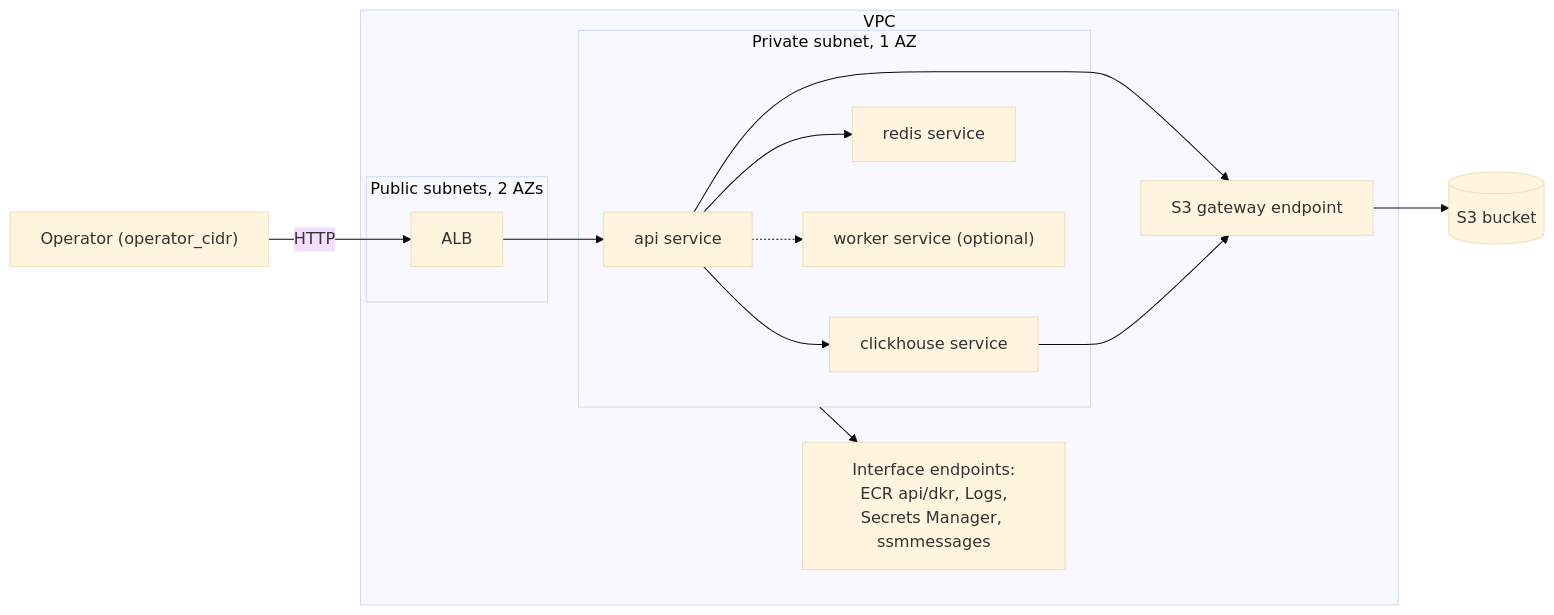
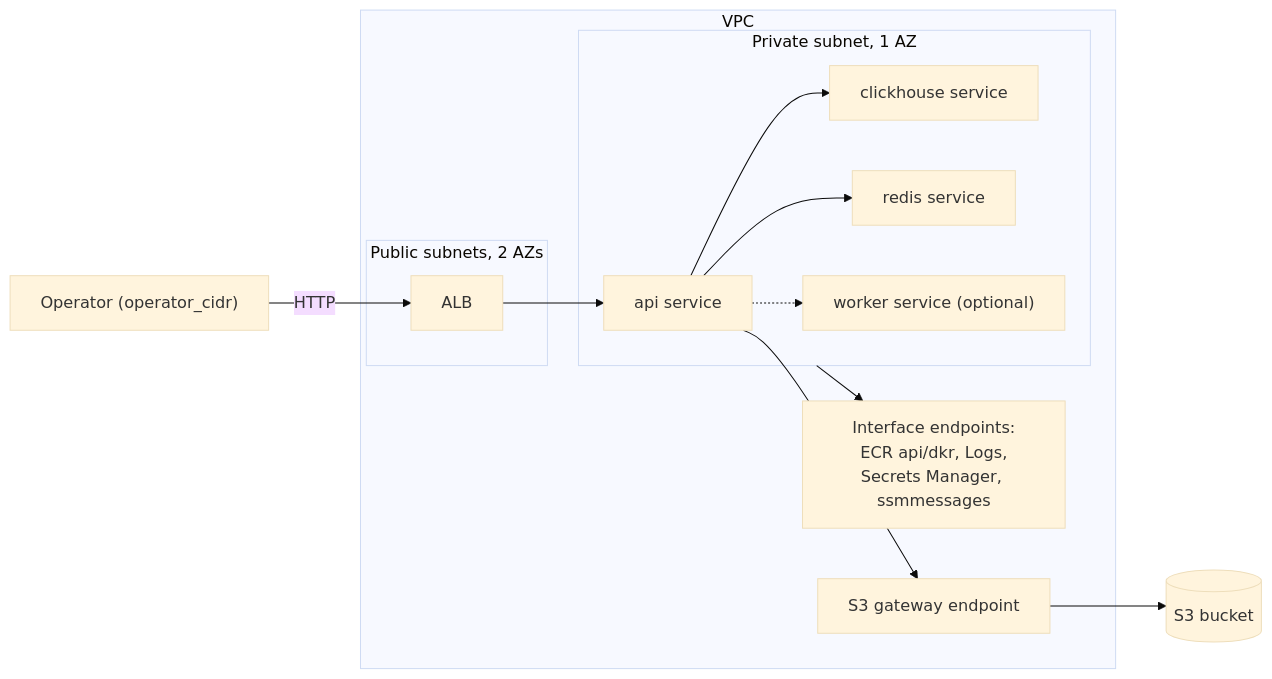
The diagram in ARCHITECTURE.md (FunnyValentine69/orbit-infra), drawn with Mermaid (base theme) before and after one commit. The commit also changed 2 other files, not shown here.

Commit message:
fix: pass make inputs to recipes as exported shell variables, init modules before terraform test, reconcile README and architecture diagram with implemented behavior

````diff
--- a/ARCHITECTURE.md
+++ b/ARCHITECTURE.md
@@ -40,25 +40,24 @@
 ```mermaid
 flowchart LR
     operator["Operator (operator_cidr)"] -->|HTTP| alb[ALB]
     subgraph vpc[VPC]
         subgraph pub[Public subnets, 2 AZs]
             alb
         end
         subgraph priv[Private subnet, 1 AZ]
             api[api service]
             ch[clickhouse service]
             redis[redis service]
             worker["worker service (optional)"]
         end
         ep[Interface endpoints:\nECR api/dkr, Logs,\nSecrets Manager, ssmmessages]
         gw[S3 gateway endpoint]
     end
     alb --> api
     api --> ch
     api --> redis
     api -.-> worker
     api --> gw
-    ch --> gw
     priv --> ep
     gw --> s3[(S3 bucket)]
 ```
````
